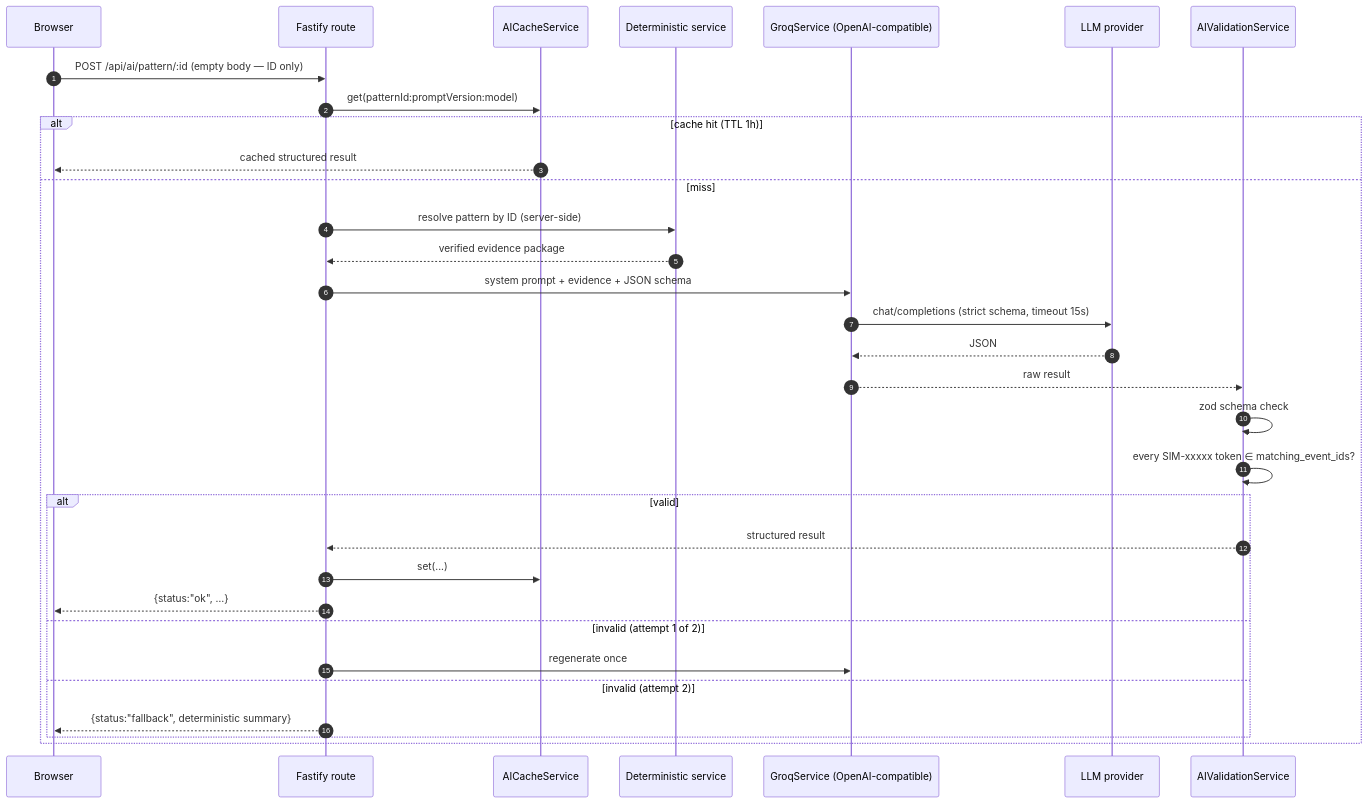
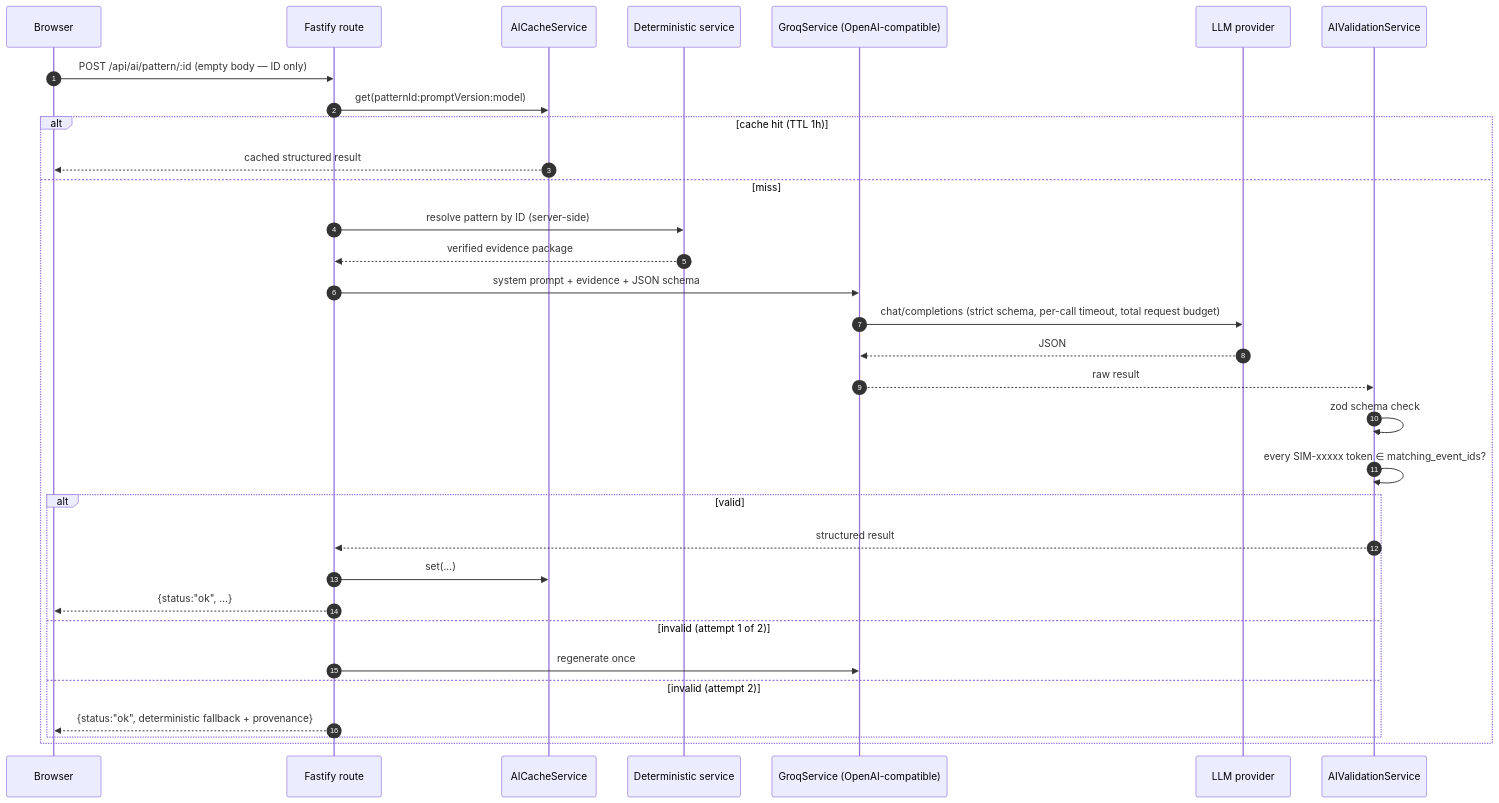
Before and after one commit to paarths-collab/ubs-assignment: the first of 2 diagrams in docs/ai-grounding.md, drawn with Mermaid. The commit also changed other lines of this file and 325 other files, not shown here.

````diff
--- a/docs/ai-grounding.md
+++ b/docs/ai-grounding.md
@@ -6,35 +6,35 @@
 ```mermaid
 sequenceDiagram
     autonumber
     participant U as Browser
     participant R as Fastify route
     participant C as AICacheService
     participant S as Deterministic service
     participant G as GroqService (OpenAI-compatible)
     participant P as LLM provider
     participant V as AIValidationService
 
     U->>R: POST /api/ai/pattern/:id  (empty body — ID only)
     R->>C: get(patternId:promptVersion:model)
     alt cache hit (TTL 1h)
         C-->>U: cached structured result
     else miss
         R->>S: resolve pattern by ID (server-side)
         S-->>R: verified evidence package
         R->>G: system prompt + evidence + JSON schema
-        G->>P: chat/completions (strict schema, timeout 15s)
+        G->>P: chat/completions (strict schema, per-call timeout, total request budget)
         P-->>G: JSON
         G-->>V: raw result
         V->>V: zod schema check
         V->>V: every SIM-xxxxx token ∈ matching_event_ids?
         alt valid
             V-->>R: structured result
             R->>C: set(...)
             R-->>U: {status:"ok", …}
         else invalid (attempt 1 of 2)
             R->>G: regenerate once
         else invalid (attempt 2)
-            R-->>U: {status:"fallback", deterministic summary}
+            R-->>U: {status:"ok", deterministic fallback + provenance}
         end
     end
 ```
````
